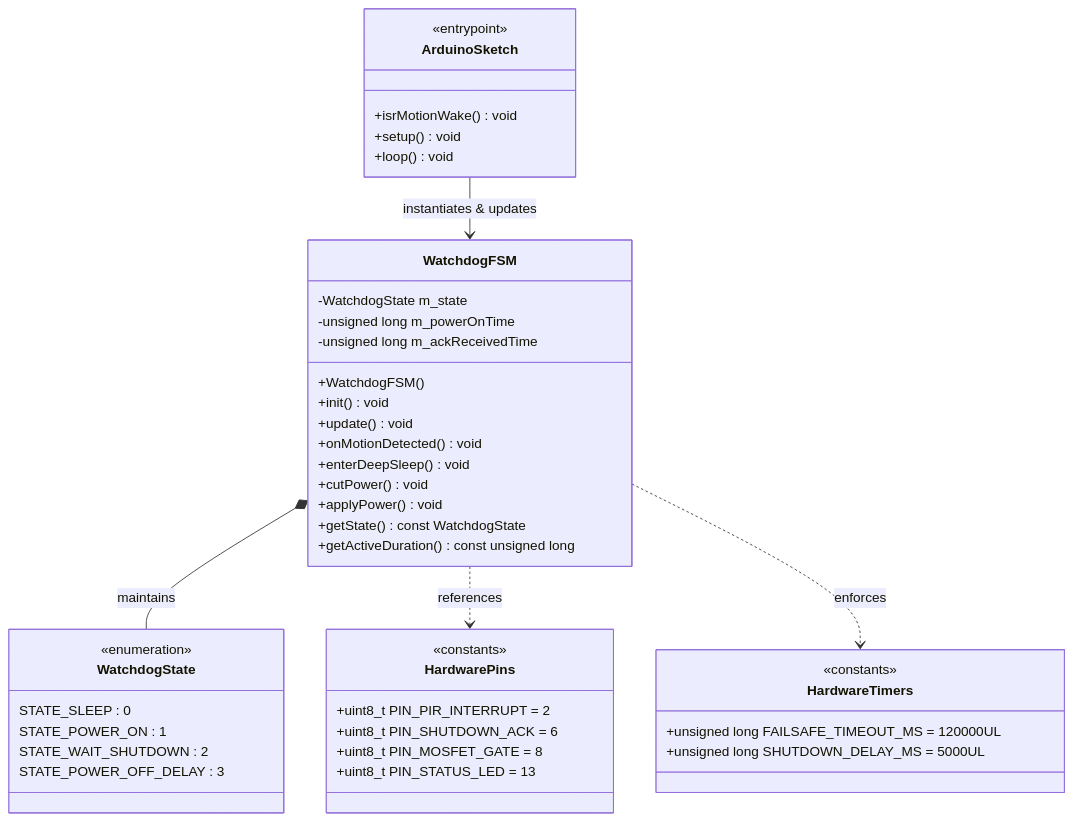
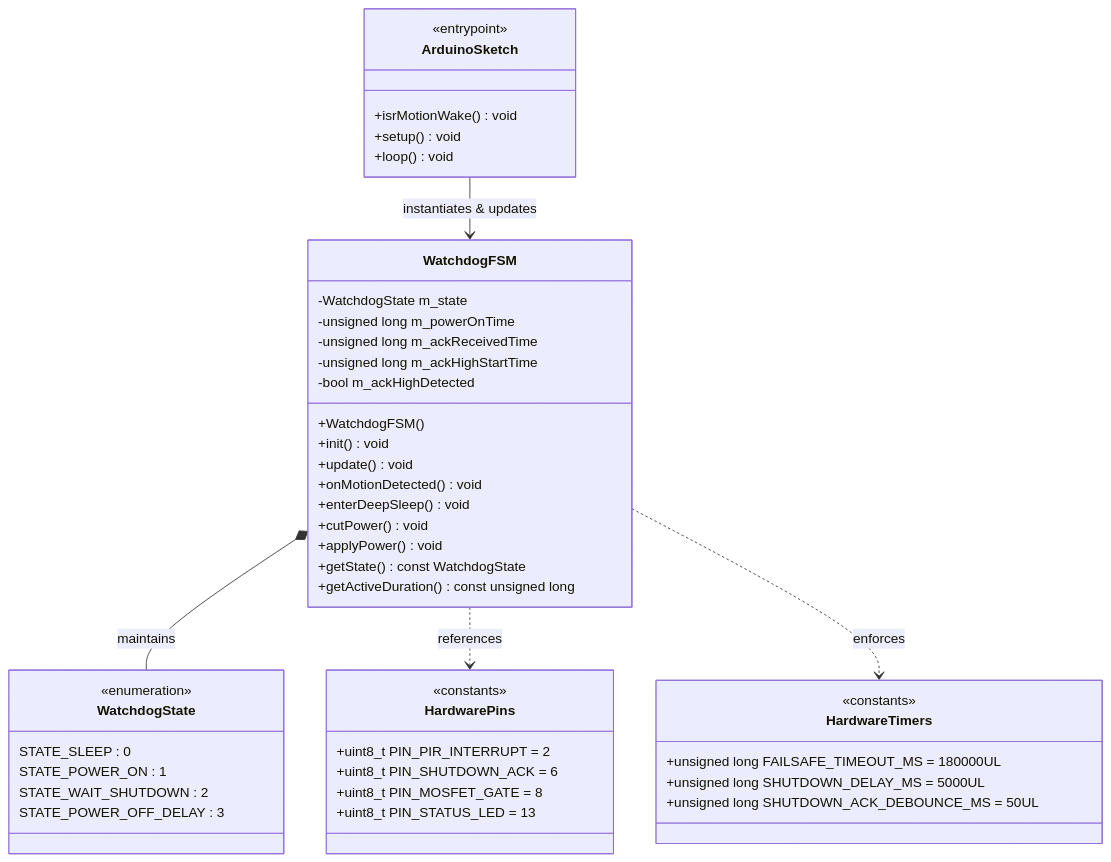
The first of 3 diagrams in Arduino_Nano/Arduino_Nano_README.md (kesterDL/embedded-wild-life-feeding-station), drawn with Mermaid before and after one commit. The commit also changed other lines of this file and 10 other files, not shown here.

````diff
--- a/Arduino_Nano/Arduino_Nano_README.md
+++ b/Arduino_Nano/Arduino_Nano_README.md
@@ -36,53 +36,56 @@
 ```mermaid
 classDiagram
     direction TB
 
     class WatchdogState {
         <<enumeration>>
         STATE_SLEEP : 0
         STATE_POWER_ON : 1
         STATE_WAIT_SHUTDOWN : 2
         STATE_POWER_OFF_DELAY : 3
     }
 
     class HardwarePins {
         <<constants>>
         +uint8_t PIN_PIR_INTERRUPT = 2
         +uint8_t PIN_SHUTDOWN_ACK = 6
         +uint8_t PIN_MOSFET_GATE = 8
         +uint8_t PIN_STATUS_LED = 13
     }
 
     class HardwareTimers {
         <<constants>>
-        +unsigned long FAILSAFE_TIMEOUT_MS = 120000UL
+        +unsigned long FAILSAFE_TIMEOUT_MS = 180000UL
         +unsigned long SHUTDOWN_DELAY_MS = 5000UL
+        +unsigned long SHUTDOWN_ACK_DEBOUNCE_MS = 50UL
     }
 
     class WatchdogFSM {
         -WatchdogState m_state
         -unsigned long m_powerOnTime
         -unsigned long m_ackReceivedTime
+        -unsigned long m_ackHighStartTime
+        -bool m_ackHighDetected
         +WatchdogFSM()
         +init() void
         +update() void
         +onMotionDetected() void
         +enterDeepSleep() void
         +cutPower() void
         +applyPower() void
         +getState() const WatchdogState
         +getActiveDuration() const unsigned long
     }
 
     class ArduinoSketch {
         <<entrypoint>>
         +isrMotionWake() void
         +setup() void
         +loop() void
     }
 
     WatchdogFSM *-- WatchdogState : maintains
     WatchdogFSM ..> HardwarePins : references
     WatchdogFSM ..> HardwareTimers : enforces
     ArduinoSketch --> WatchdogFSM : instantiates & updates
 ```
````
